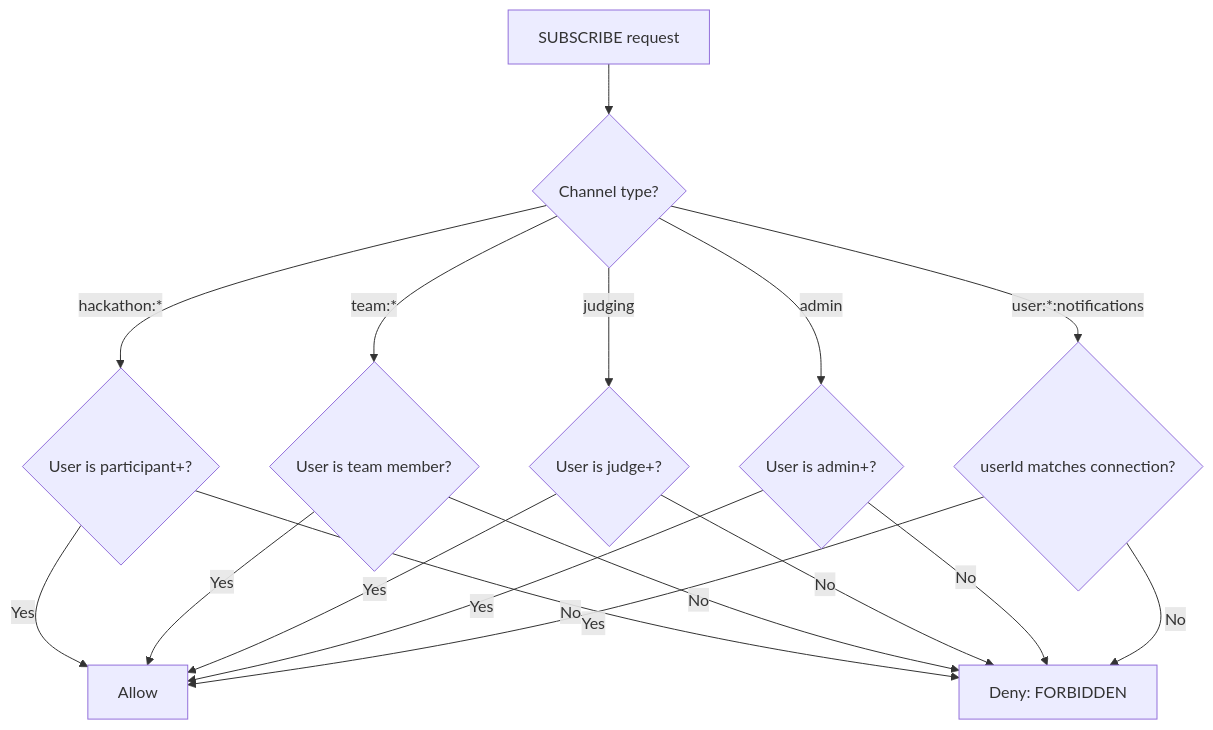
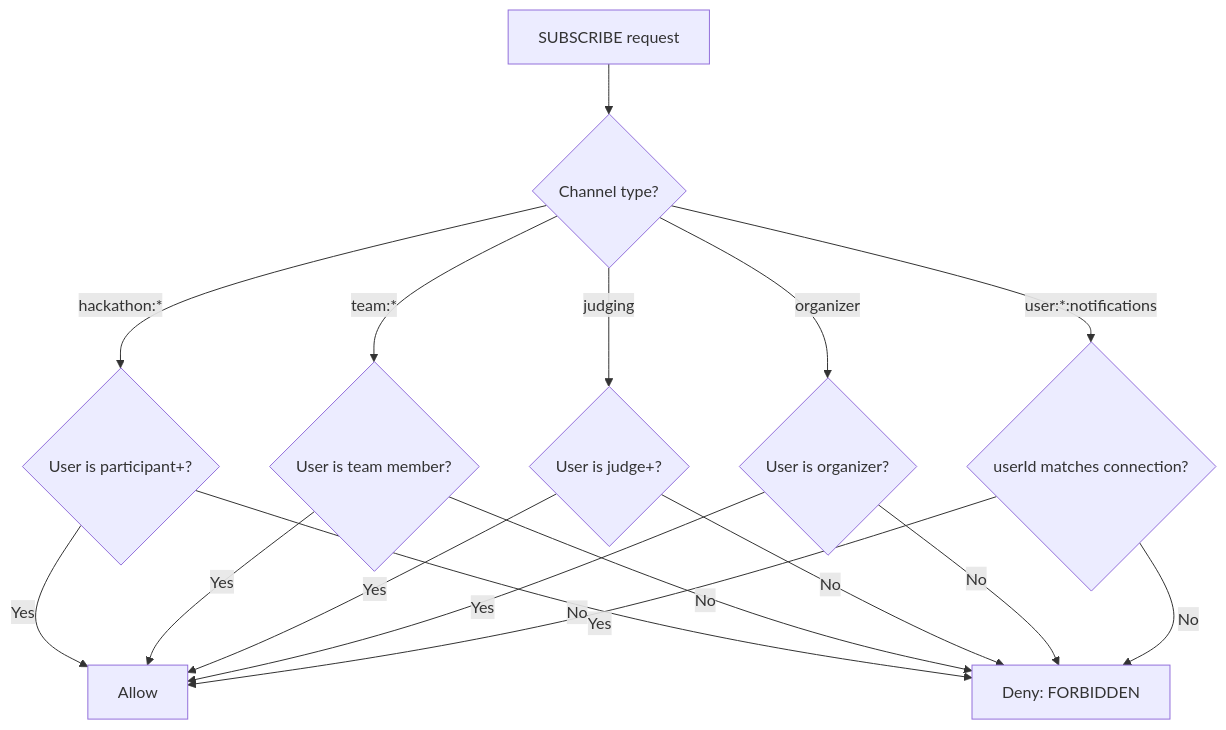
Before and after one commit to devangshupandey2025-stack/DevSage: the fourth of 12 diagrams in docs/v3/planned/real-time.md, drawn with Mermaid. The commit also changed other lines of this file, not shown here.

````diff
--- a/docs/v3/planned/real-time.md
+++ b/docs/v3/planned/real-time.md
@@ -207,24 +207,24 @@
 ```mermaid
 flowchart TD
     A[SUBSCRIBE request] --> B{Channel type?}
     
     B -->|hackathon:*| C{User is participant+?}
     C -->|Yes| D[Allow]
     C -->|No| E[Deny: FORBIDDEN]
     
     B -->|team:*| F{User is team member?}
     F -->|Yes| D
     F -->|No| E
     
     B -->|judging| G{User is judge+?}
     G -->|Yes| D
     G -->|No| E
     
-    B -->|admin| H{User is admin+?}
+    B -->|organizer| H{User is organizer?}
     H -->|Yes| D
     H -->|No| E
     
     B -->|user:*:notifications| I{userId matches connection?}
     I -->|Yes| D
     I -->|No| E
 ```
````
